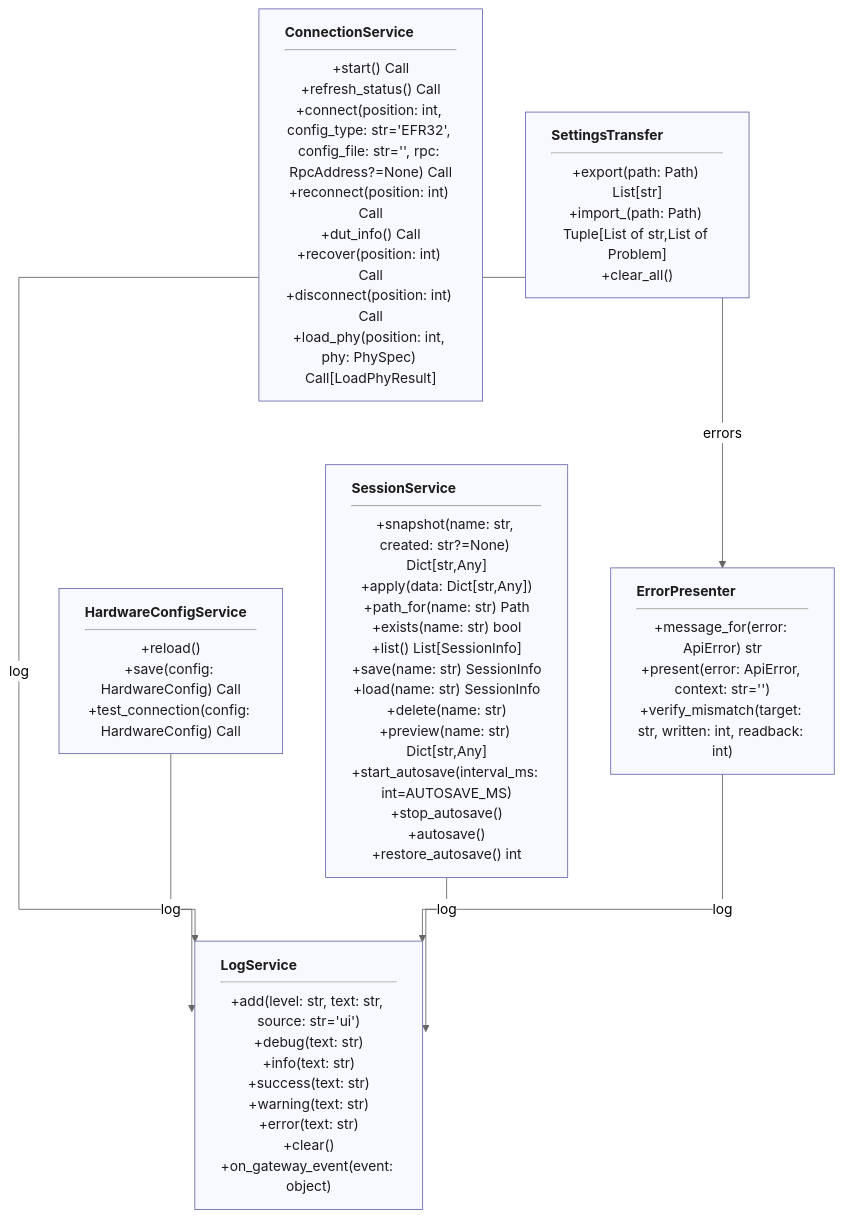
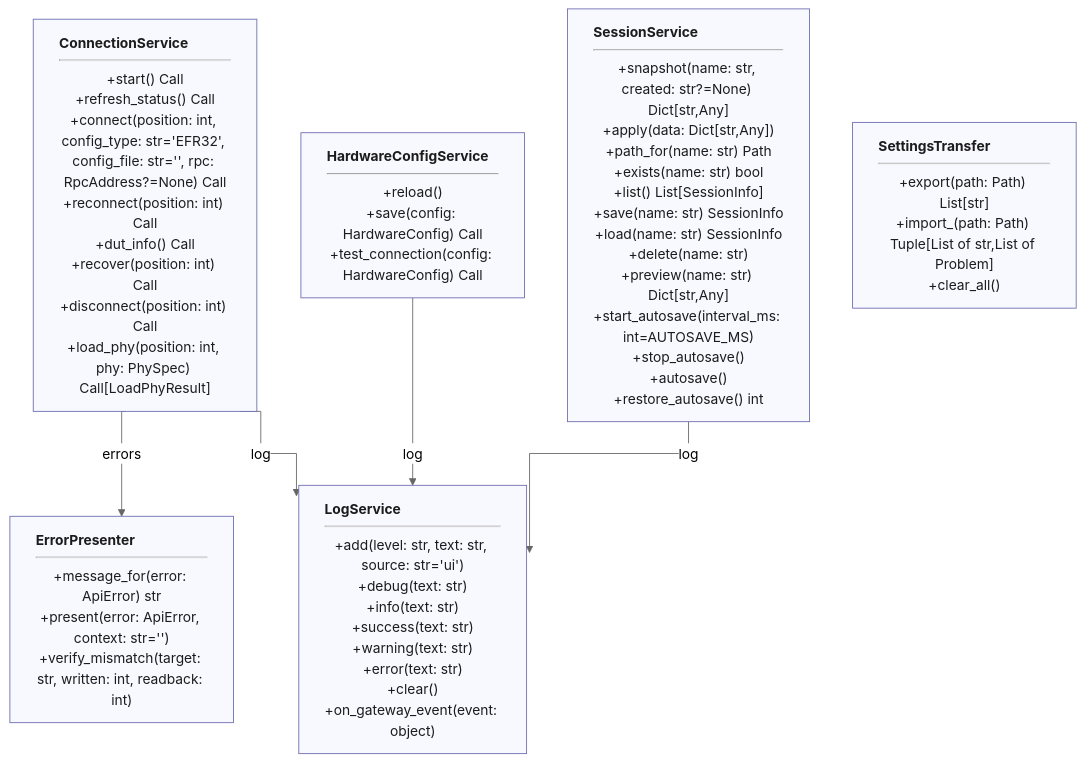
One commit to ShoyonK/sample_ui changed diagram 22 of 30 in docs/ARCHITECTURE.md. Above: the diagram before and after it, drawn with Mermaid (neutral theme). The commit also changed other lines of this file and 315 other files, not shown here.

````diff
--- a/docs/ARCHITECTURE.md
+++ b/docs/ARCHITECTURE.md
@@ -770,17 +794,16 @@
 ```mermaid
 %%{init: {"flowchart": {"curve": "stepAfter"}}}%%
 flowchart TB
     classDef box text-align:left,fill:#f8f8ff,stroke:#6a6ab0,color:#1c1c1c
     classDef stub fill:#ffffff,stroke:#6a6ab0,stroke-dasharray:4 3,color:#1c1c1c
     ConnectionService["<b>ConnectionService</b><hr/>+start() Call<br/>+refresh_status() Call<br/>+connect(position: int, config_type: str='EFR32', config_file: str='', rpc: RpcAddress?=None) Call<br/>+reconnect(position: int) Call<br/>+dut_info() Call<br/>+recover(position: int) Call<br/>+disconnect(position: int) Call<br/>+load_phy(position: int, phy: PhySpec) Call[LoadPhyResult]"]:::box
     HardwareConfigService["<b>HardwareConfigService</b><hr/>+reload()<br/>+save(config: HardwareConfig) Call<br/>+test_connection(config: HardwareConfig) Call"]:::box
     SessionService["<b>SessionService</b><hr/>+snapshot(name: str, created: str?=None) Dict[str,Any]<br/>+apply(data: Dict[str,Any])<br/>+path_for(name: str) Path<br/>+exists(name: str) bool<br/>+list() List[SessionInfo]<br/>+save(name: str) SessionInfo<br/>+load(name: str) SessionInfo<br/>+delete(name: str)<br/>+preview(name: str) Dict[str,Any]<br/>+start_autosave(interval_ms: int=AUTOSAVE_MS)<br/>+stop_autosave()<br/>+autosave()<br/>+restore_autosave() int"]:::box
     SettingsTransfer["<b>SettingsTransfer</b><hr/>+export(path: Path) List[str]<br/>+import_(path: Path) Tuple[List of str,List of Problem]<br/>+clear_all()"]:::box
     ErrorPresenter["<b>ErrorPresenter</b><hr/>+message_for(error: ApiError) str<br/>+present(error: ApiError, context: str='')<br/>+verify_mismatch(target: str, written: int, readback: int)"]:::box
     LogService["<b>LogService</b><hr/>+add(level: str, text: str, source: str='ui')<br/>+debug(text: str)<br/>+info(text: str)<br/>+success(text: str)<br/>+warning(text: str)<br/>+error(text: str)<br/>+clear()<br/>+on_gateway_event(event: object)"]:::box
     ConnectionService -->|"errors"| ErrorPresenter
     ConnectionService -->|"log"| LogService
     HardwareConfigService -->|"log"| LogService
     SessionService -->|"log"| LogService
-    ErrorPresenter -->|"log"| LogService
 ```
````
